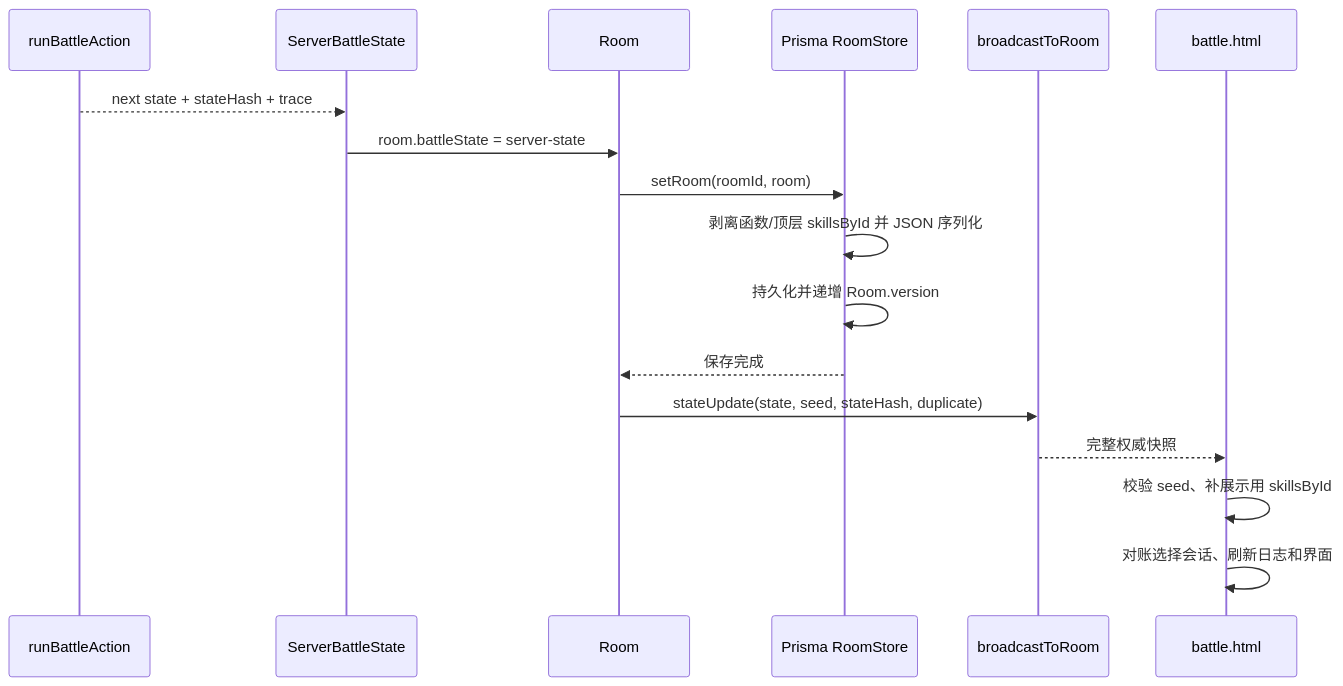
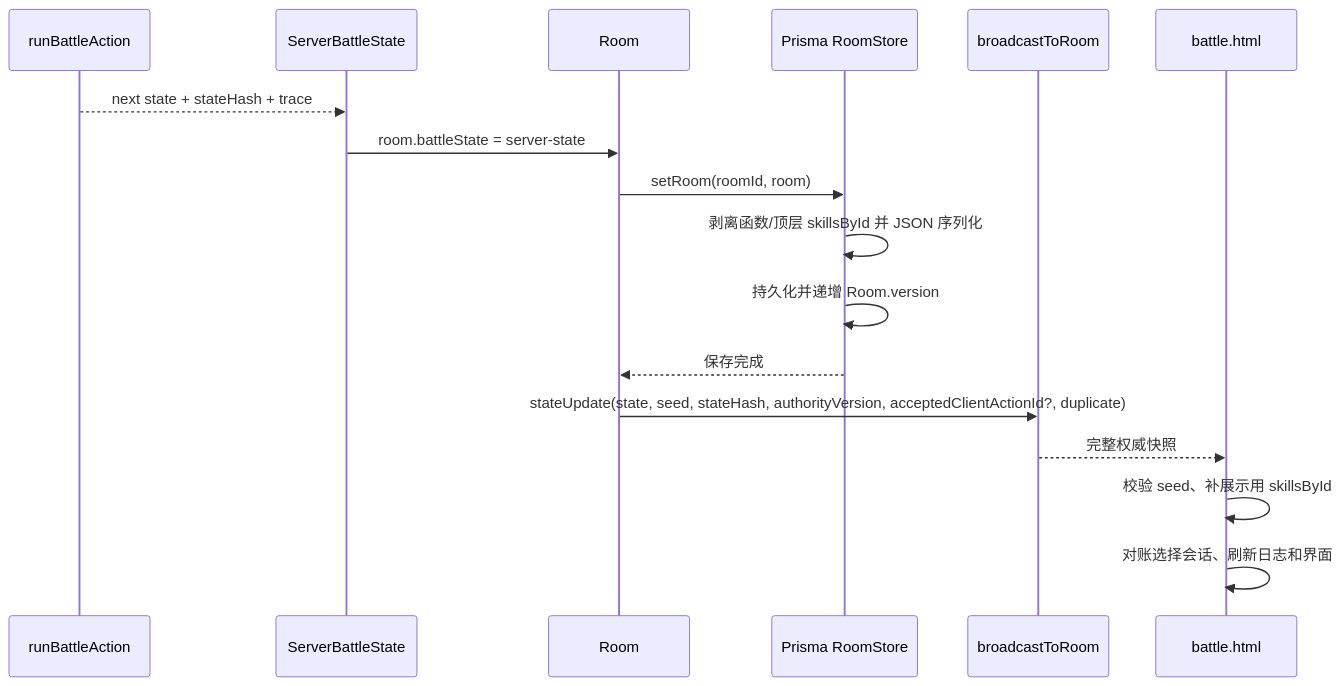
Before and after one commit to longaadream/Red_VS_Blue: the fifth of 5 diagrams in docs/technical/GAME_LOGIC_SYSTEM.md, drawn with Mermaid. The commit also changed other lines of this file and 13 other files, not shown here.

````diff
--- a/docs/technical/GAME_LOGIC_SYSTEM.md
+++ b/docs/technical/GAME_LOGIC_SYSTEM.md
@@ -451,20 +451,20 @@
 ```mermaid
 sequenceDiagram
   participant Runner as runBattleAction
   participant Storage as ServerBattleState
   participant Room as Room
   participant DB as Prisma RoomStore
   participant WS as broadcastToRoom
   participant Client as battle.html
 
   Runner-->>Storage: next state + stateHash + trace
   Storage->>Room: room.battleState = server-state
   Room->>DB: setRoom(roomId, room)
   DB->>DB: 剥离函数/顶层 skillsById 并 JSON 序列化
   DB->>DB: 持久化并递增 Room.version
   DB-->>Room: 保存完成
-  Room->>WS: stateUpdate(state, seed, stateHash, duplicate)
+  Room->>WS: stateUpdate(state, seed, stateHash, authorityVersion, acceptedClientActionId?, duplicate)
   WS-->>Client: 完整权威快照
   Client->>Client: 校验 seed、补展示用 skillsById
   Client->>Client: 对账选择会话、刷新日志和界面
 ```
````
